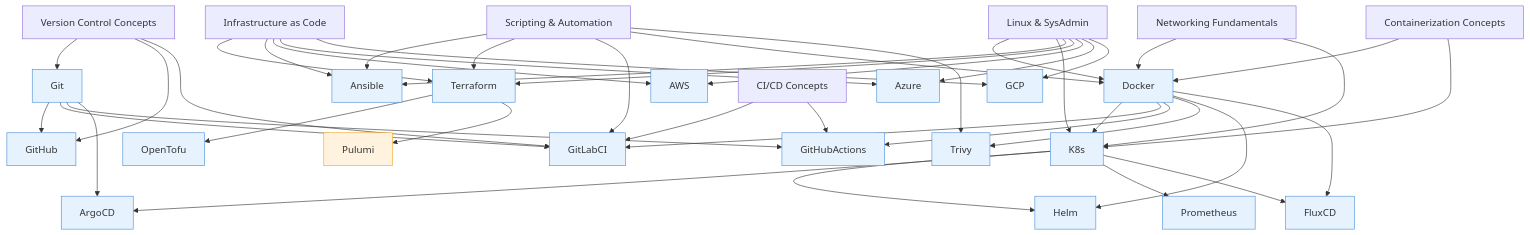
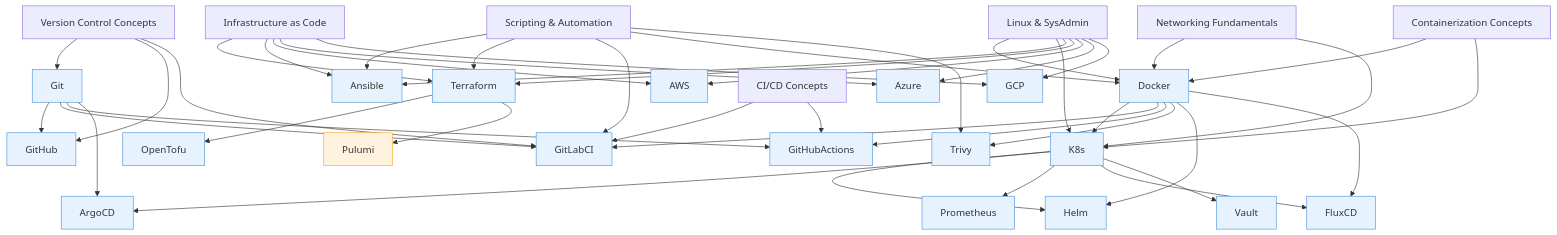
The diagram in 00_index/learning-path.md (snehitha3907/DevOps-Kit), drawn with Mermaid before and after one commit. The commit also changed other lines of this file and 4 other files, not shown here.

````diff
--- a/00_index/learning-path.md
+++ b/00_index/learning-path.md
@@ -97,61 +97,62 @@
 ```mermaid
 graph TD
     VC[Version Control Concepts] --> Git
     VC --> GitHub
     VC --> GitLabCI
 
     Linux[Linux & SysAdmin] --> Docker
     Linux --> K8s
     Linux --> Ansible
     Linux --> Terraform
     Linux --> AWS
     Linux --> Azure
     Linux --> GCP
 
     Scripting[Scripting & Automation] --> Ansible
     Scripting --> Terraform
     Scripting --> GitLabCI
     Scripting --> Docker
     Scripting --> Trivy
 
     Network[Networking Fundamentals] --> Docker
     Network --> K8s
 
     CI[CI/CD Concepts] --> GitLabCI
     CI --> GitHubActions
 
     Container[Containerization Concepts] --> Docker
     Container --> K8s
 
     IaC[Infrastructure as Code] --> Terraform
     IaC --> Ansible
     IaC --> AWS
     IaC --> Azure
     IaC --> GCP
 
     Git --> GitHub
     Git --> GitLabCI
     Git --> GitHubActions
     Git --> ArgoCD
 
     Docker --> K8s
     Docker --> GitLabCI
     Docker --> GitHubActions
     Docker --> Trivy
     Docker --> Helm
     Docker --> FluxCD
 
     K8s --> Helm
     K8s --> ArgoCD
     K8s --> Prometheus
     K8s --> FluxCD
+    K8s --> Vault
 
     Terraform --> OpenTofu
     Terraform --> Pulumi
 
 classDef hasContent fill:#e6f3ff,stroke:#4a90d9
     classDef noContent fill:#fff3e0,stroke:#f5a623
 
-    class Git,GitHub,Docker,K8s,Ansible,Terraform,GitLabCI,GitHubActions,Trivy,AWS,Azure,GCP,OpenTofu,Helm,ArgoCD,Prometheus,FluxCD hasContent
-    class Pulumi,Vault noContent
+    class Git,GitHub,Docker,K8s,Ansible,Terraform,GitLabCI,GitHubActions,Trivy,AWS,Azure,GCP,OpenTofu,Helm,ArgoCD,Prometheus,FluxCD,Vault hasContent
+    class Pulumi noContent
 ```
````
